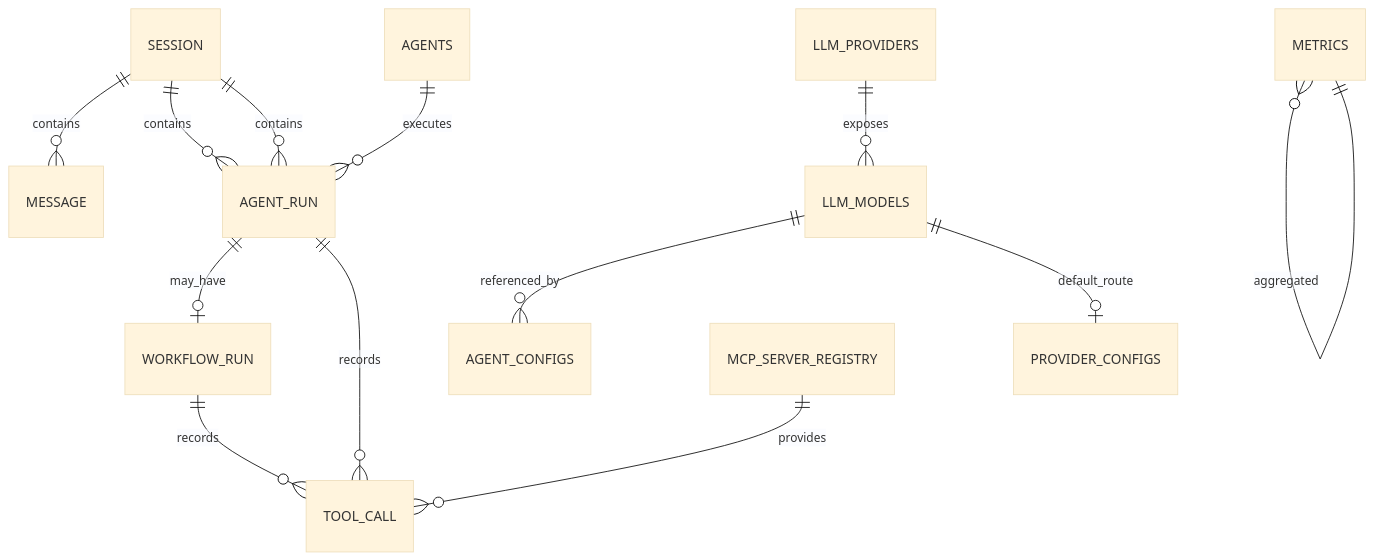
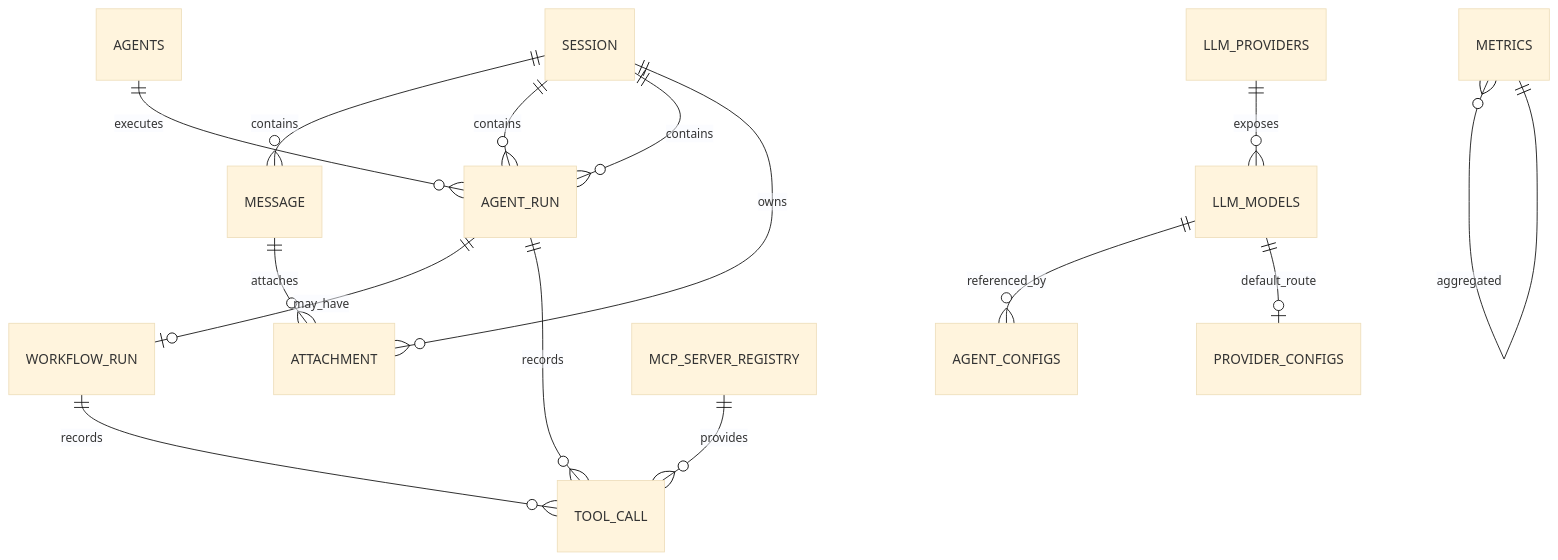
Before and after one commit to lian-yao/Multi-Agent-Collaboration-Platform: the diagram in doc/data-model.md, drawn with Mermaid (base theme). The commit also changed other lines of this file and 32 other files, not shown here.

````diff
--- a/doc/data-model.md
+++ b/doc/data-model.md
@@ -16,15 +16,17 @@
 ```mermaid
 erDiagram
     SESSION ||--o{ MESSAGE : contains
     SESSION ||--o{ AGENT_RUN : contains
     AGENT_RUN ||--o| WORKFLOW_RUN : may_have
     AGENT_RUN ||--o{ TOOL_CALL : records
     SESSION ||--o{ AGENT_RUN : contains
     AGENTS ||--o{ AGENT_RUN : executes
     WORKFLOW_RUN ||--o{ TOOL_CALL : records
     METRICS }o--|| METRICS : aggregated
     LLM_PROVIDERS ||--o{ LLM_MODELS : exposes
     LLM_MODELS ||--o{ AGENT_CONFIGS : referenced_by
     LLM_MODELS ||--o| PROVIDER_CONFIGS : default_route
     MCP_SERVER_REGISTRY ||--o{ TOOL_CALL : provides
+    SESSION ||--o{ ATTACHMENT : owns
+    MESSAGE ||--o{ ATTACHMENT : attaches
 ```
````
